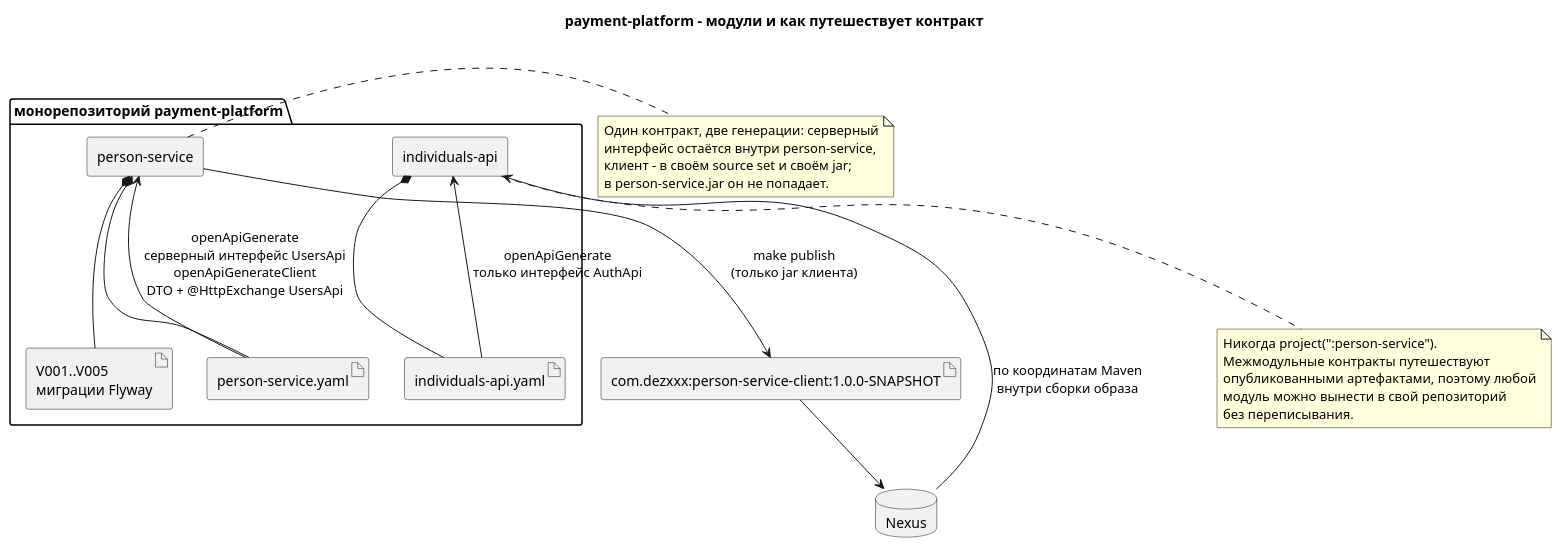
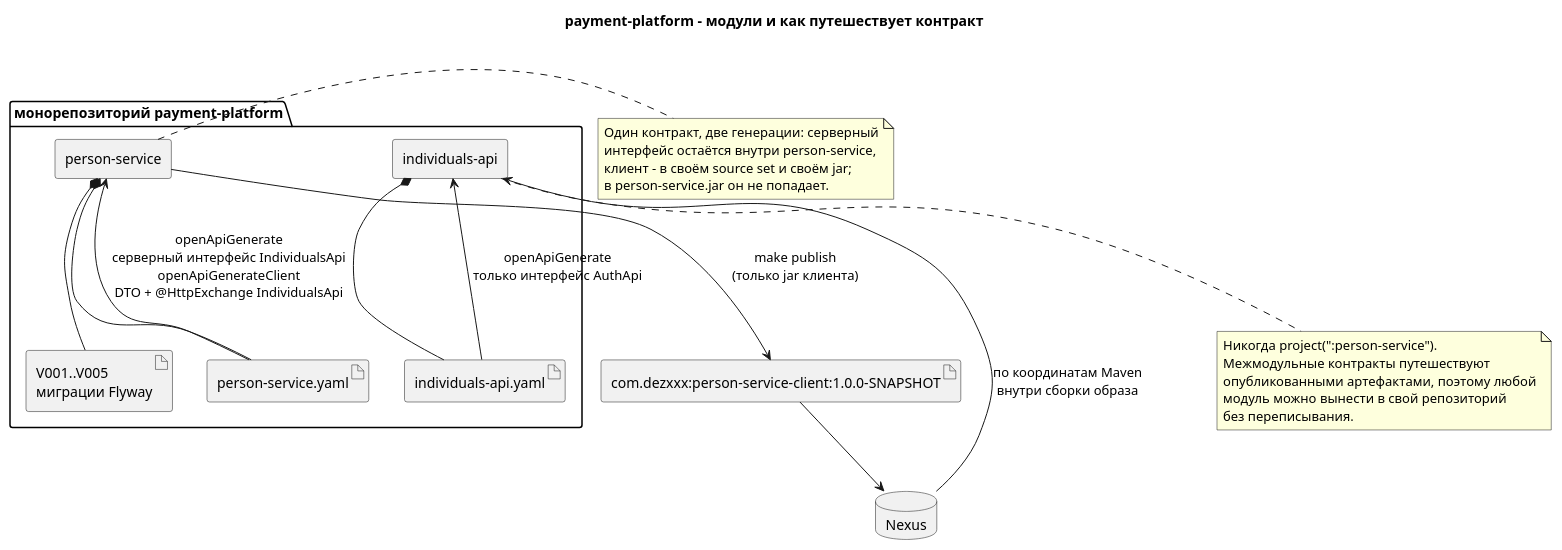
Before and after one commit to dezxxx/payment-platform: the diagram in docs/puml-ru/component.puml, drawn with PlantUML. The commit also changed 20 other files, not shown here.

```diff
--- a/docs/puml-ru/component.puml
+++ b/docs/puml-ru/component.puml
@@ -1,44 +1,44 @@
 @startuml component
 title payment-platform - модули и как путешествует контракт
 
 skinparam componentStyle rectangle
 skinparam shadowing false
 
 package "монорепозиторий payment-platform" {
   component "person-service" as PS
   component "individuals-api" as API
 
   artifact "person-service.yaml" as PSY
   artifact "individuals-api.yaml" as IAY
   artifact "V001..V005\nмиграции Flyway" as MIG
 }
 
 database "Nexus" as NEXUS
 artifact "com.dezxxx:person-service-client:1.0.0-SNAPSHOT" as PCJ
 
 PS *-- PSY
 PS *-- MIG
 API *-- IAY
 
-PSY --> PS : openApiGenerate\nсерверный интерфейс UsersApi\nopenApiGenerateClient\nDTO + @HttpExchange UsersApi
+PSY --> PS : openApiGenerate\nсерверный интерфейс IndividualsApi\nopenApiGenerateClient\nDTO + @HttpExchange IndividualsApi
 IAY --> API : openApiGenerate\nтолько интерфейс AuthApi
 PS --> PCJ : make publish\n(только jar клиента)
 PCJ --> NEXUS
 NEXUS --> API : по координатам Maven\nвнутри сборки образа
 
 note bottom of API
   Никогда project(":person-service").
   Межмодульные контракты путешествуют
   опубликованными артефактами, поэтому любой
   модуль можно вынести в свой репозиторий
   без переписывания.
 end note
 
 note right of PS
   Один контракт, две генерации: серверный
   интерфейс остаётся внутри person-service,
   клиент - в своём source set и своём jar;
   в person-service.jar он не попадает.
 end note
 
 @enduml
```
